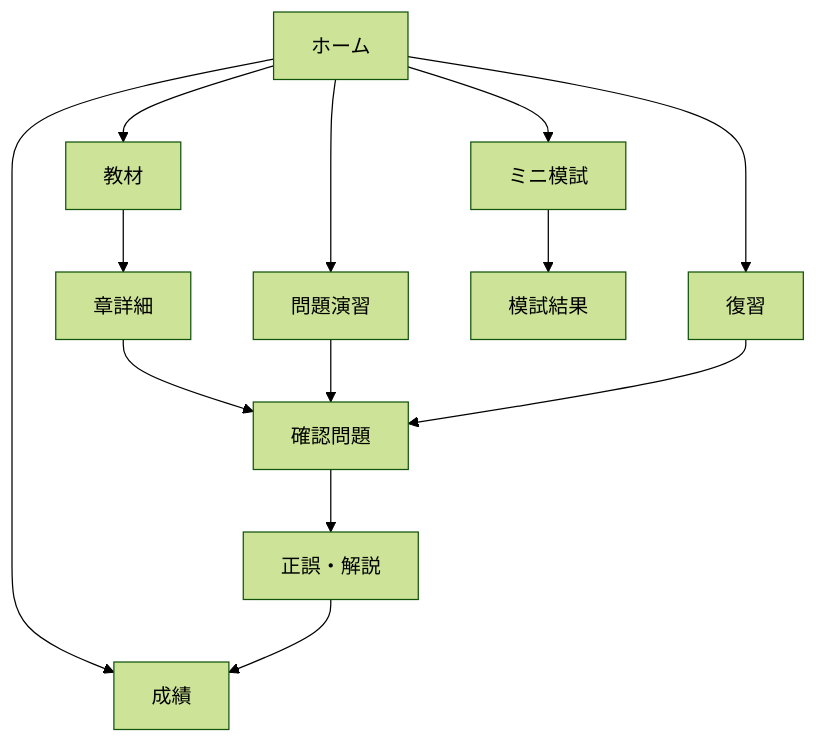
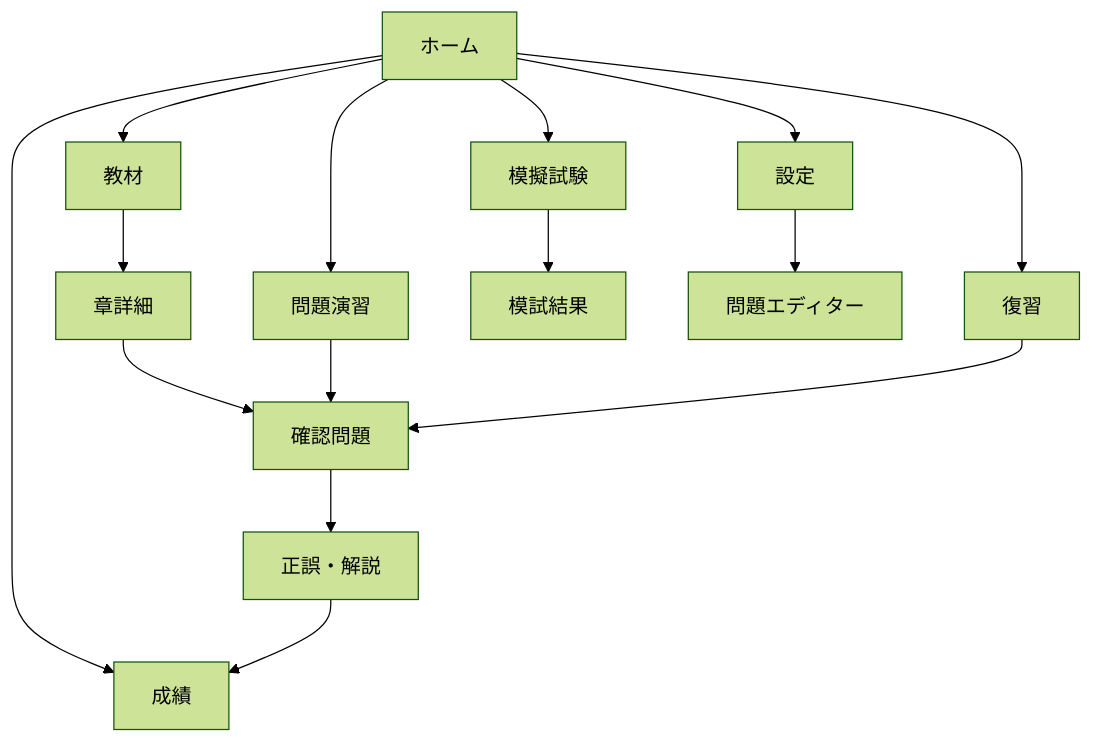
One commit to sthsz7t74m-glitch/ecotore changed the first of 2 diagrams in wireframe.md. Above: the diagram before and after it, drawn with Mermaid (forest theme). The commit also changed other lines of this file and 30 other files, not shown here.

````diff
--- a/wireframe.md
+++ b/wireframe.md
@@ -7,15 +9,17 @@
 ```mermaid
 flowchart TD
     H[ホーム] --> L[教材]
     H --> P[問題演習]
-    H --> M[ミニ模試]
+    H --> M[模擬試験]
     H --> R[復習]
     H --> S[成績]
+    H --> T[設定]
     L --> C[章詳細]
     C --> Q[確認問題]
     P --> Q
     R --> Q
     M --> MR[模試結果]
+    T --> A[問題エディター]
     Q --> QR[正誤・解説]
     QR --> S
 ```
````
